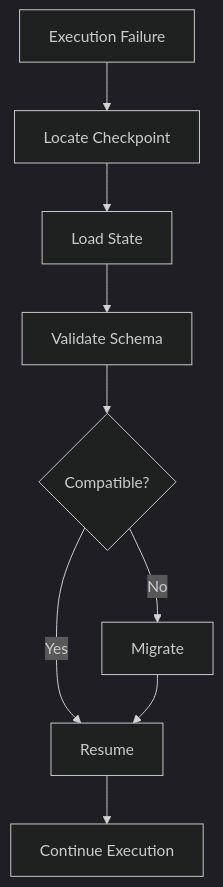
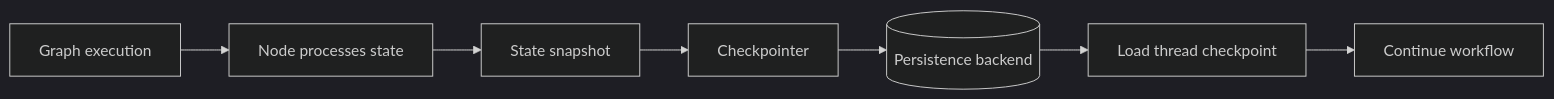
The third of 4 diagrams in docs/08-ai-engineering-frameworks/langgraph/19-langgraph-state-and-checkpointing.md (MihirKJha/enterprise-ai-engineering-handbook), drawn with Mermaid (dark theme) before and after one commit. The commit also changed other lines of this file and 10 other files, not shown here.

````diff
--- a/docs/08-ai-engineering-frameworks/langgraph/19-langgraph-state-and-checkpointing.md
+++ b/docs/08-ai-engineering-frameworks/langgraph/19-langgraph-state-and-checkpointing.md
@@ -1453,19 +240,9 @@
 ```mermaid
-flowchart TD
-
-    A[Execution Failure] --> B[Locate Checkpoint]
-
-    B --> C[Load State]
-
-    C --> D[Validate Schema]
-
-    D --> E{Compatible?}
-
-    E -->|Yes| F[Resume]
-
-    E -->|No| G[Migrate]
-
-    G --> F
-
-    F --> H[Continue Execution]
+flowchart LR
+    A[Graph execution] --> B[Node processes state]
+    B --> C[State snapshot]
+    C --> D[Checkpointer]
+    D --> E[(Persistence backend)]
+    E --> F[Load thread checkpoint]
+    F --> G[Continue workflow]
 ```
````
